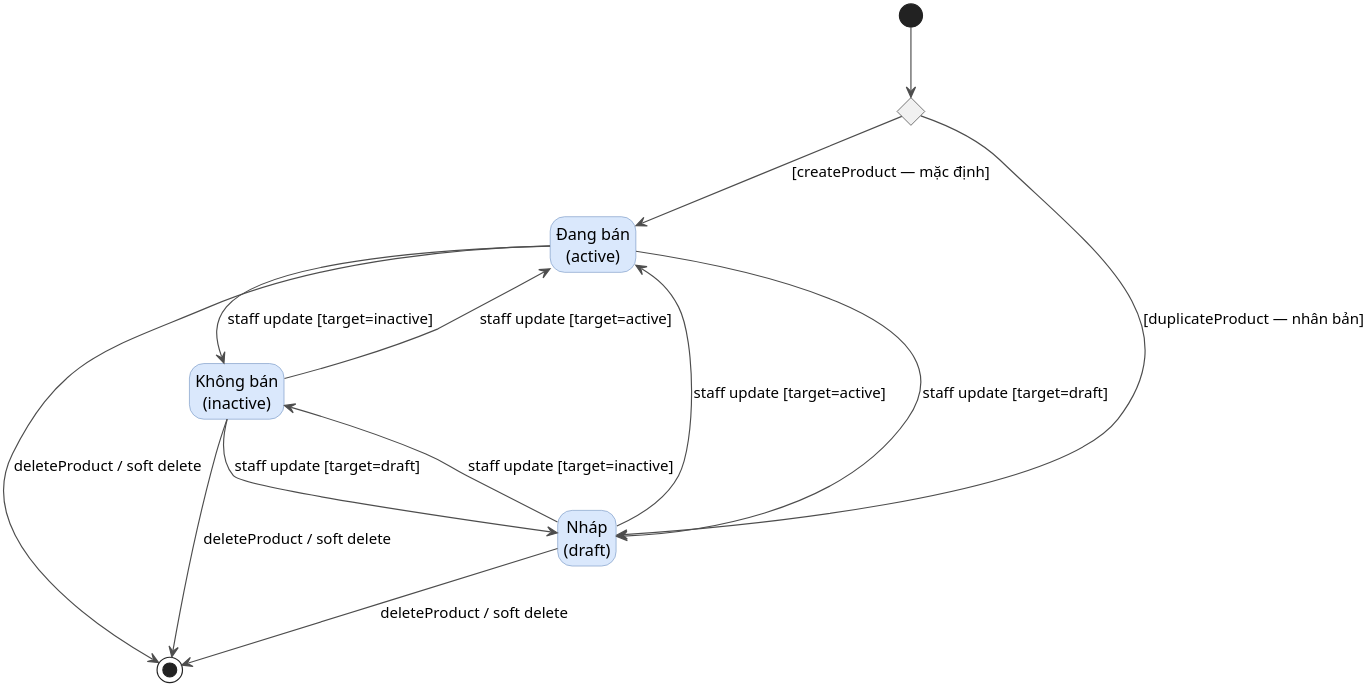
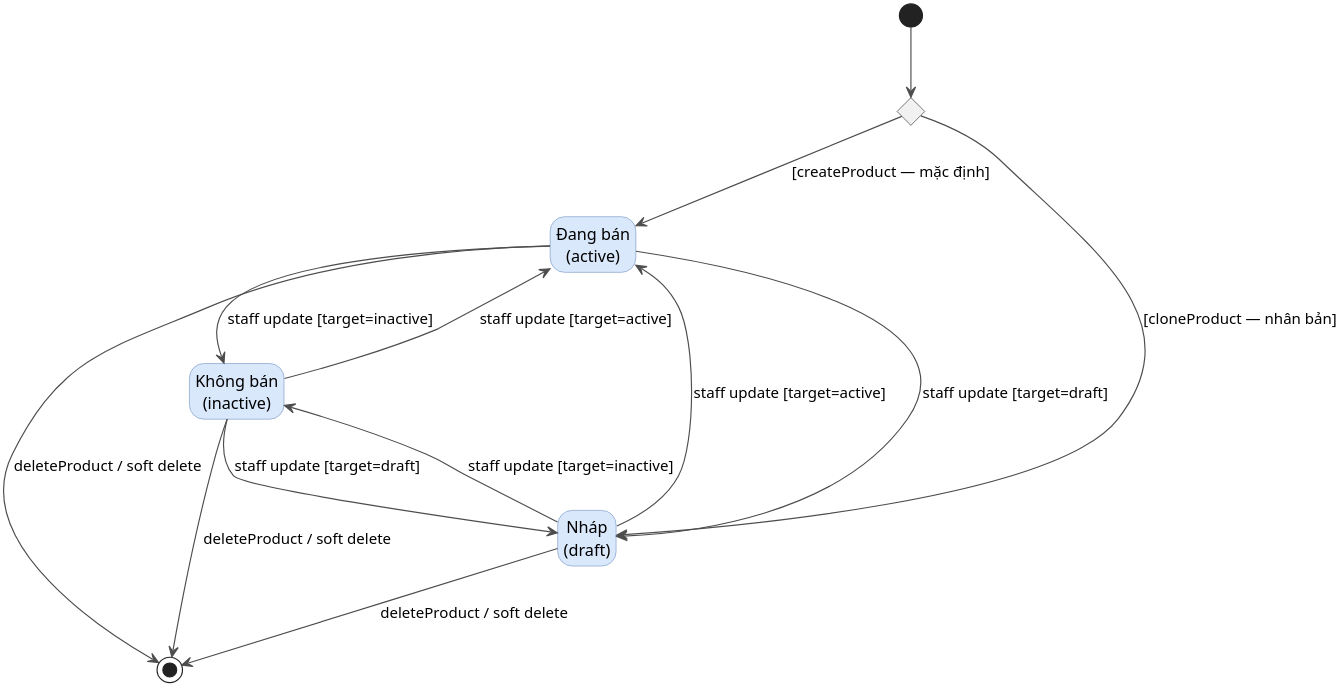
The diagram in diagrams/state/state-03-product.puml (MinhThang1009/E-commerce-website), drawn with PlantUML before and after one commit. The commit also changed 9 other files, not shown here.

```diff
--- a/diagrams/state/state-03-product.puml
+++ b/diagrams/state/state-03-product.puml
@@ -1,54 +1,54 @@
 @startuml state-03-product
 ' Sơ đồ trạng thái — Trạng thái sản phẩm (products.status)
 ' Verify vs backend/src/modules/admin/services/admin-product-service.js
-'   (createProduct L114 default active, duplicateProduct L1065 force draft,
+'   (createProduct L114 default active, cloneProduct L1065 force draft,
 '    updateProduct L439 passthrough, toggleProductStatus L1127 validStatuses)
 ' Verify vs backend/src/modules/admin/validators/admin-validator.js
 '   (updateProductSchema L44 passthrough — không validate status)
 hide empty description
 skinparam dpi 300
 skinparam backgroundColor #FFFFFF
 skinparam shadowing false
 skinparam state {
   BackgroundColor #DAE8FC
   BorderColor #6C8EBF
   FontColor #000000
   ArrowColor #4D4D4D
 }
 
 state "tạo sản phẩm" as init <<choice>>
 [*] --> init
 
 state "Đang bán\n(active)" as active
 state "Không bán\n(inactive)" as inactive
 state "Nháp\n(draft)" as draft
 
 init --> active : [createProduct — mặc định]
-init --> draft  : [duplicateProduct — nhân bản]
+init --> draft  : [cloneProduct — nhân bản]
 
 active   --> inactive : staff update [target=inactive]
 inactive --> active   : staff update [target=active]
 
 active   --> draft    : staff update [target=draft]
 draft    --> active   : staff update [target=active]
 
 inactive --> draft    : staff update [target=draft]
 draft    --> inactive : staff update [target=inactive]
 
 active   --> [*] : deleteProduct / soft delete
 inactive --> [*] : deleteProduct / soft delete
 draft    --> [*] : deleteProduct / soft delete
 
 /'
 note bottom
   • createProduct: status mặc định 'active' nếu không truyền (L114).
-  • duplicateProduct (nhân bản): luôn khởi tạo 'draft' (L1065).
+  • cloneProduct (nhân bản): luôn khởi tạo 'draft' (L1065).
   • toggleProductStatus (L1127): validStatuses = ['active','inactive','draft'].
     Default toggle (không truyền status): active→inactive; draft/inactive→active.
   • updateProduct (L439): cho phép set bất kỳ status nào vì
     updateProductSchema dùng .passthrough() — không validate status field.
   • 'archived' tồn tại trong DB ENUM nhưng không có code path nào set.
   • Sản phẩm status != 'active' bị chặn đặt hàng tại createOrder (L186/L214).
 end note
 '/
 @enduml
```
